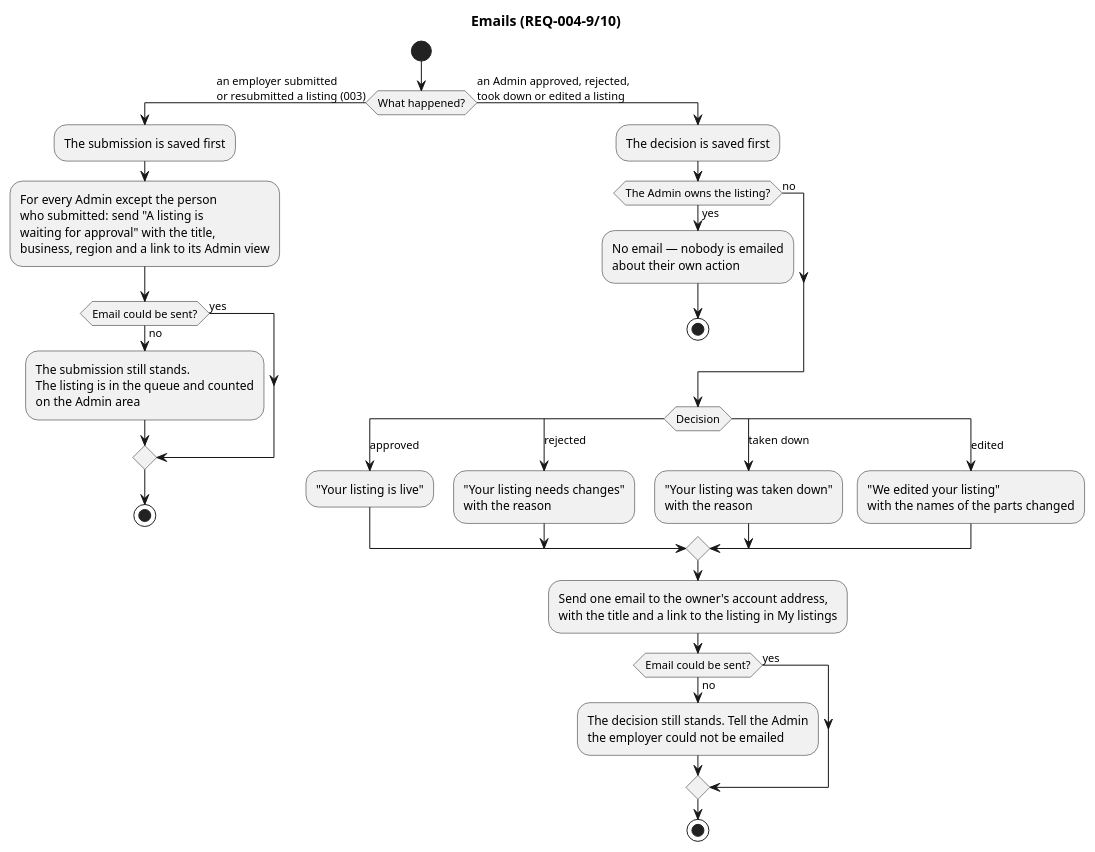
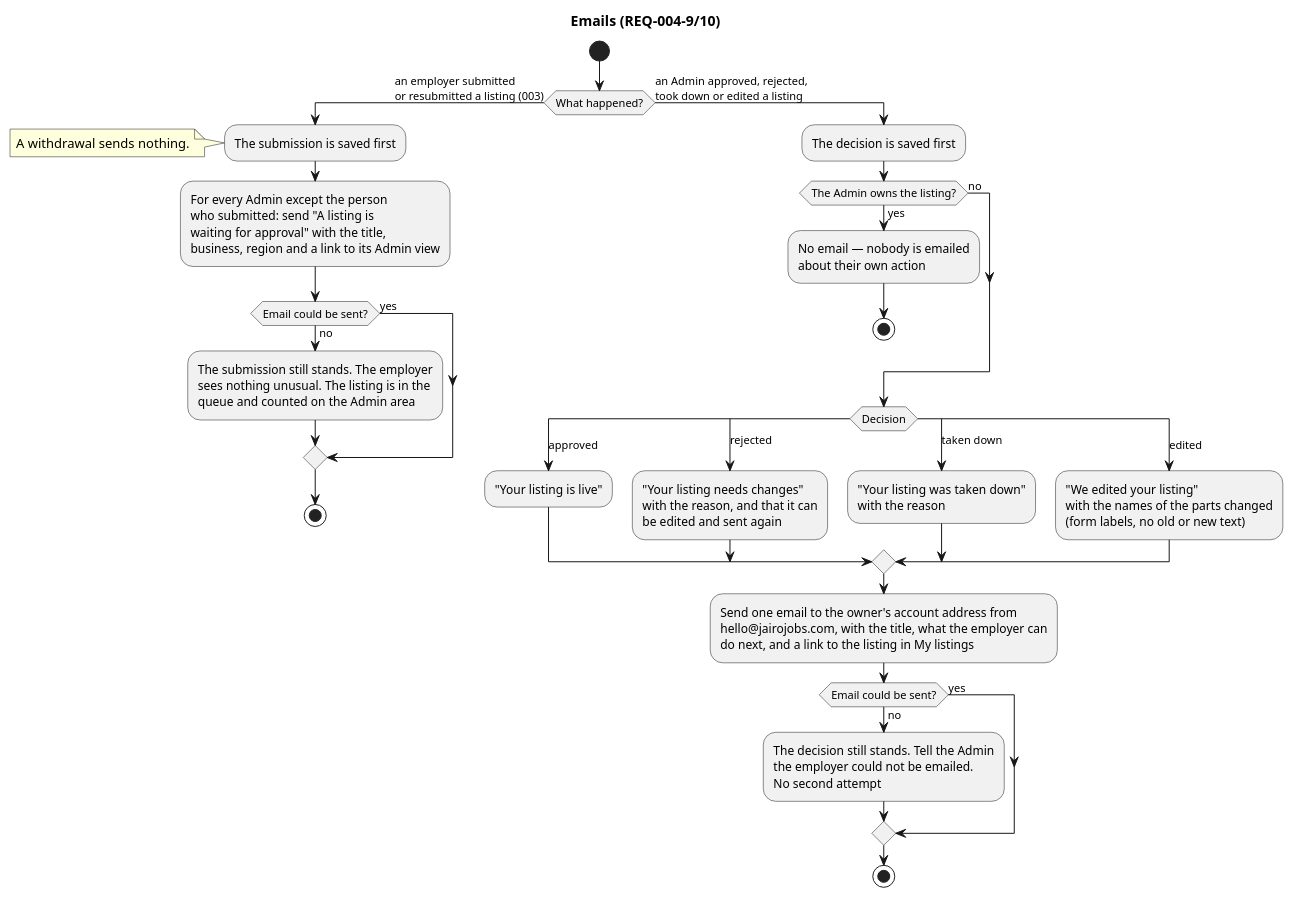
The diagram in docs/specs/004-listings-admin-moderation/diagrams/activity-emails.puml (raseniero/jairojobs-elixir), drawn with PlantUML before and after one commit. The commit also changed 12 other files, not shown here.

Commit message:
docs(spec 004): align the six diagrams with the requirements after a scenario-by-scenario check

```diff
--- a/docs/specs/004-listings-admin-moderation/diagrams/activity-emails.puml
+++ b/docs/specs/004-listings-admin-moderation/diagrams/activity-emails.puml
@@ -1,49 +1,56 @@
 @startuml activity-emails
 ' Spec 004 — emails to the employer and to Admins (REQ-004-9, -10)
 title Emails (REQ-004-9/10)
 
 start
 if (What happened?) then (an employer submitted\nor resubmitted a listing (003))
   :The submission is saved first;
+  note left
+    A withdrawal sends nothing.
+  end note
   :For every Admin except the person
   who submitted: send "A listing is
   waiting for approval" with the title,
   business, region and a link to its Admin view;
   if (Email could be sent?) then (no)
-    :The submission still stands.
-    The listing is in the queue and counted
-    on the Admin area;
+    :The submission still stands. The employer
+    sees nothing unusual. The listing is in the
+    queue and counted on the Admin area;
   else (yes)
   endif
   stop
 else (an Admin approved, rejected,\ntook down or edited a listing)
   :The decision is saved first;
   if (The Admin owns the listing?) then (yes)
     :No email — nobody is emailed
     about their own action;
     stop
   else (no)
   endif
   switch (Decision)
   case (approved)
     :"Your listing is live";
   case (rejected)
     :"Your listing needs changes"
-    with the reason;
+    with the reason, and that it can
+    be edited and sent again;
   case (taken down)
     :"Your listing was taken down"
     with the reason;
   case (edited)
     :"We edited your listing"
-    with the names of the parts changed;
+    with the names of the parts changed
+    (form labels, no old or new text);
   endswitch
-  :Send one email to the owner's account address,
-  with the title and a link to the listing in My listings;
+  :Send one email to the owner's account address from
+  hello@jairojobs.com, with the title, what the employer can
+  do next, and a link to the listing in My listings;
   if (Email could be sent?) then (no)
     :The decision still stands. Tell the Admin
-    the employer could not be emailed;
+    the employer could not be emailed.
+    No second attempt;
   else (yes)
   endif
   stop
 endif
 @enduml
```
